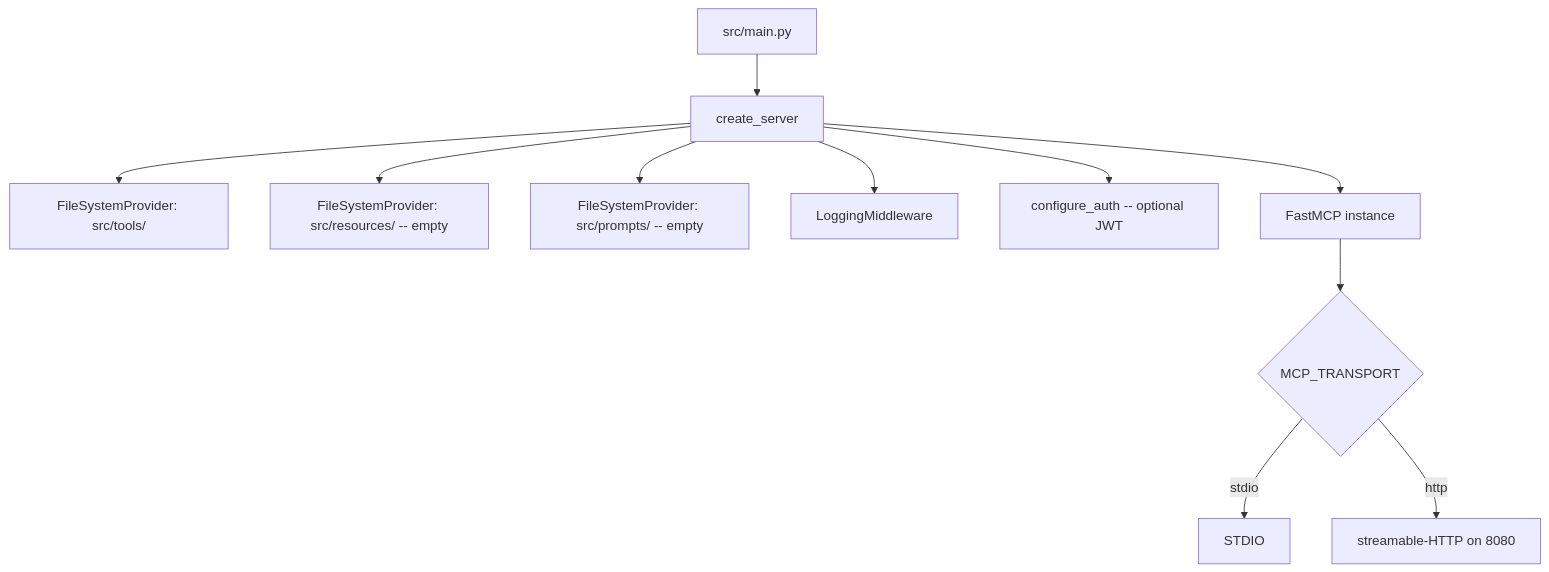
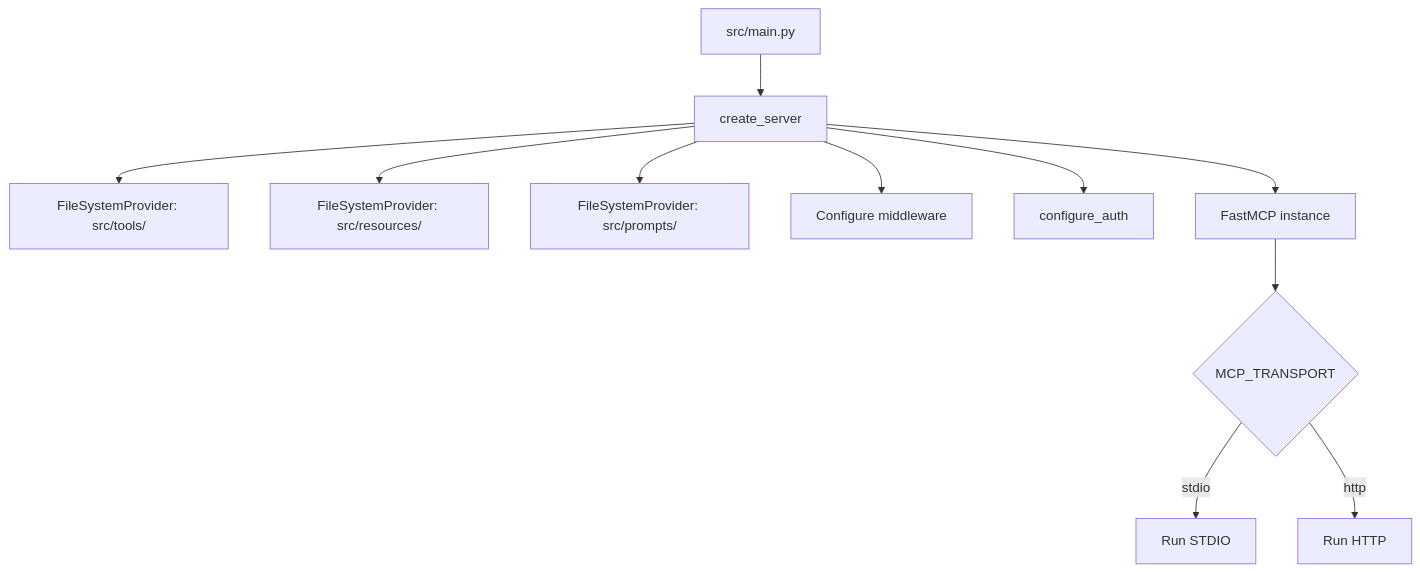
One commit to fips-agents/examples changed the second of 4 diagrams in calculus-helper/ARCHITECTURE.md. Above: the diagram before and after it, drawn with Mermaid. The commit also changed other lines of this file and 60 other files, not shown here.

````diff
--- a/calculus-helper/ARCHITECTURE.md
+++ b/calculus-helper/ARCHITECTURE.md
@@ -90,13 +63,13 @@
 ```mermaid
 flowchart TD
   A[src/main.py] --> B[create_server]
   B --> C[FileSystemProvider: src/tools/]
-  B --> D[FileSystemProvider: src/resources/ -- empty]
-  B --> E[FileSystemProvider: src/prompts/ -- empty]
-  B --> F[LoggingMiddleware]
-  B --> G[configure_auth -- optional JWT]
+  B --> D[FileSystemProvider: src/resources/]
+  B --> E[FileSystemProvider: src/prompts/]
+  B --> F[Configure middleware]
+  B --> G[configure_auth]
   B --> H[FastMCP instance]
   H --> I{MCP_TRANSPORT}
-  I -- stdio --> J[STDIO]
-  I -- http --> K[streamable-HTTP on 8080]
+  I -- stdio --> J[Run STDIO]
+  I -- http --> K[Run HTTP]
 ```
````
